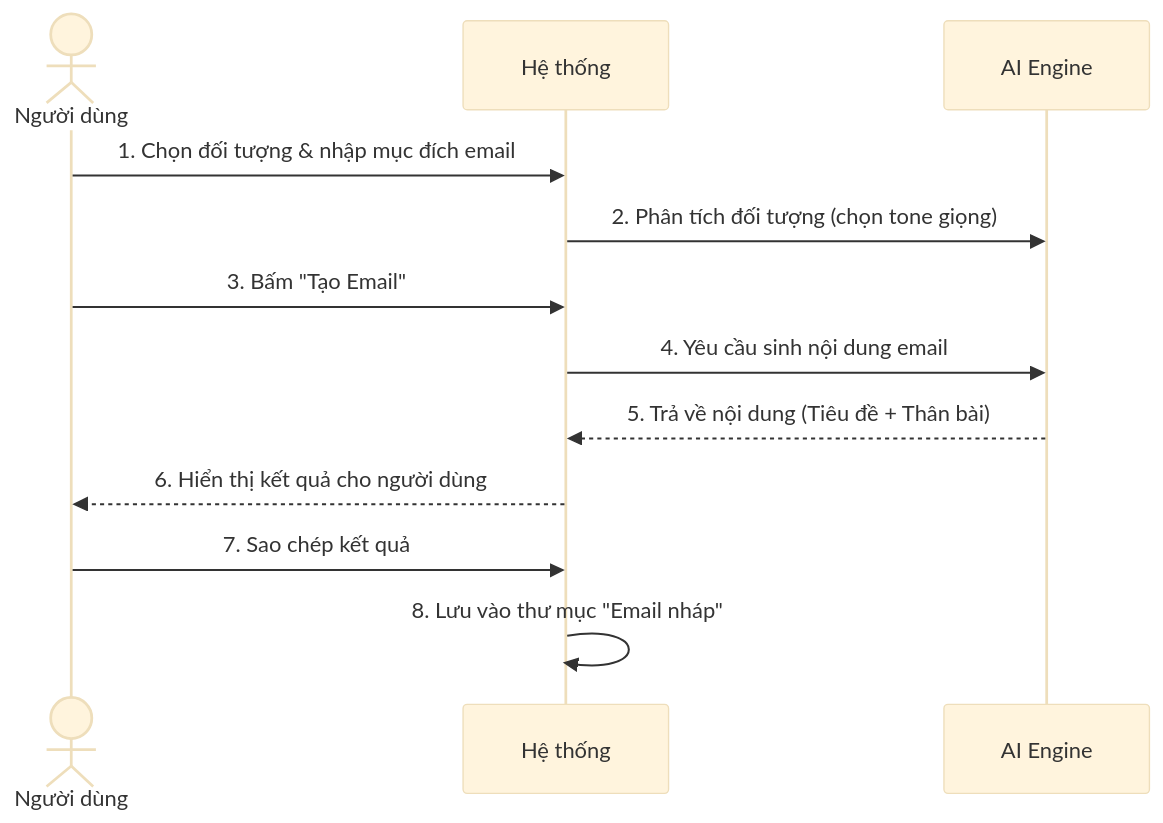
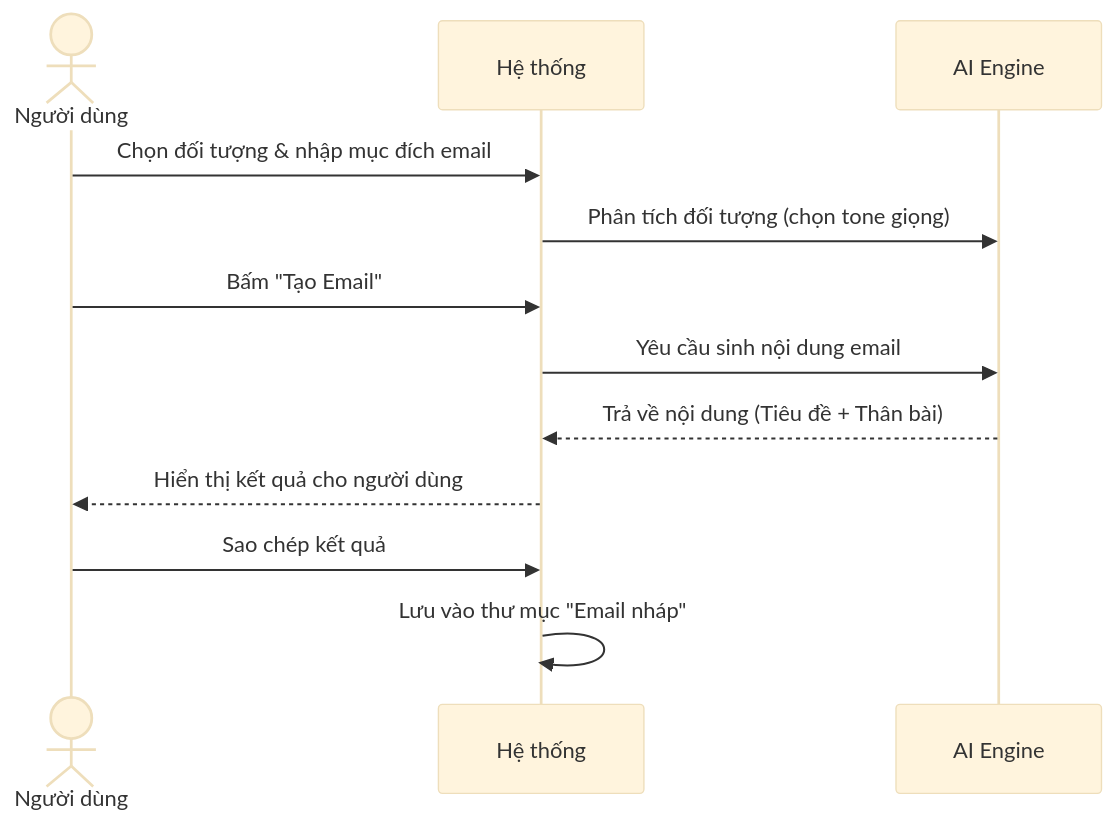
The first of 4 diagrams in docs/nhom_3_communication_admin.md (Cong-ty-TNNH-Q-Tech/Q-School), drawn with Mermaid (base theme) before and after one commit. The commit also changed other lines of this file and 5 other files, not shown here.

Commit message:
docs: refine sequence diagrams logical flow and remove step numbers

````diff
--- a/docs/nhom_3_communication_admin.md
+++ b/docs/nhom_3_communication_admin.md
@@ -22,15 +22,15 @@
 ```mermaid
 sequenceDiagram
     actor GV as Người dùng
     participant HT as Hệ thống
     participant AI as AI Engine
 
-    GV->>HT: 1. Chọn đối tượng & nhập mục đích email
-    HT->>AI: 2. Phân tích đối tượng (chọn tone giọng)
-    GV->>HT: 3. Bấm "Tạo Email"
-    HT->>AI: 4. Yêu cầu sinh nội dung email
-    AI-->>HT: 5. Trả về nội dung (Tiêu đề + Thân bài)
-    HT-->>GV: 6. Hiển thị kết quả cho người dùng
-    GV->>HT: 7. Sao chép kết quả
-    HT->>HT: 8. Lưu vào thư mục "Email nháp"
+    GV->>HT: Chọn đối tượng & nhập mục đích email
+    HT->>AI: Phân tích đối tượng (chọn tone giọng)
+    GV->>HT: Bấm "Tạo Email"
+    HT->>AI: Yêu cầu sinh nội dung email
+    AI-->>HT: Trả về nội dung (Tiêu đề + Thân bài)
+    HT-->>GV: Hiển thị kết quả cho người dùng
+    GV->>HT: Sao chép kết quả
+    HT->>HT: Lưu vào thư mục "Email nháp"
 ```
````
